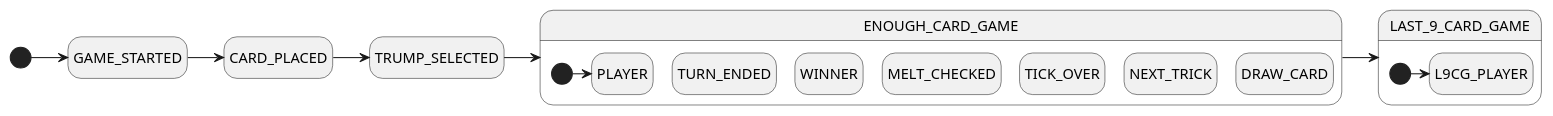
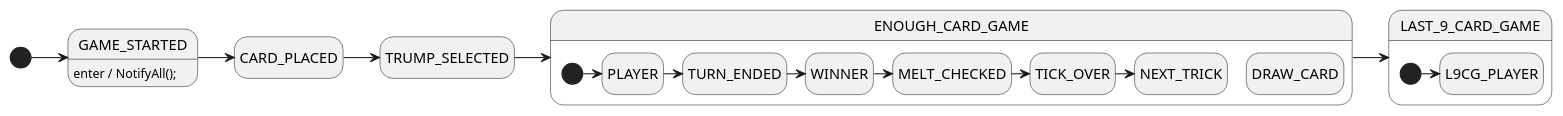
The diagram in BeziqueCore/BeziqueGame.puml (shefat2002/BeziqueCore), drawn with PlantUML before and after one commit. The commit also changed 63 other files, not shown here.

```diff
--- a/BeziqueCore/BeziqueGame.puml
+++ b/BeziqueCore/BeziqueGame.puml
@@ -1,41 +1,49 @@
 @startuml
 
 /'! $CONFIG : toml
 SmRunnerSettings.transpilerId = "CSharp"
 '/
 
 hide empty description
 
-state GAME_STARTED
+state GAME_STARTED {
+    GAME_STARTED: enter / NotifyAll();
+}
 state CARD_PLACED
 state TRUMP_SELECTED
 
 state ENOUGH_CARD_GAME{
     state PLAYER
     state TURN_ENDED
     state WINNER
     state MELT_CHECKED
     state TICK_OVER
     state NEXT_TRICK
     state DRAW_CARD
     
     [*] -> PLAYER
+    PLAYER -> TURN_ENDED
+    TURN_ENDED -> WINNER
+    WINNER -> MELT_CHECKED
+    MELT_CHECKED -> TICK_OVER
+    TICK_OVER -> NEXT_TRICK
+    
 }
 
 state LAST_9_CARD_GAME{
     state L9CG_PLAYER 
     [*] -> L9CG_PLAYER
 }
 
 [*] -> GAME_STARTED
 GAME_STARTED -> CARD_PLACED
 CARD_PLACED -> TRUMP_SELECTED
 TRUMP_SELECTED -> ENOUGH_CARD_GAME
 ENOUGH_CARD_GAME -> LAST_9_CARD_GAME
 
 
 
 
 
 
 @enduml
```
